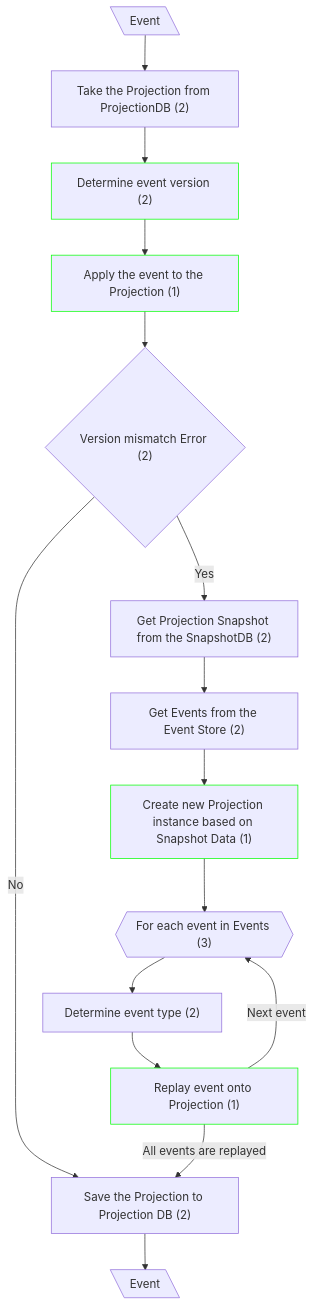
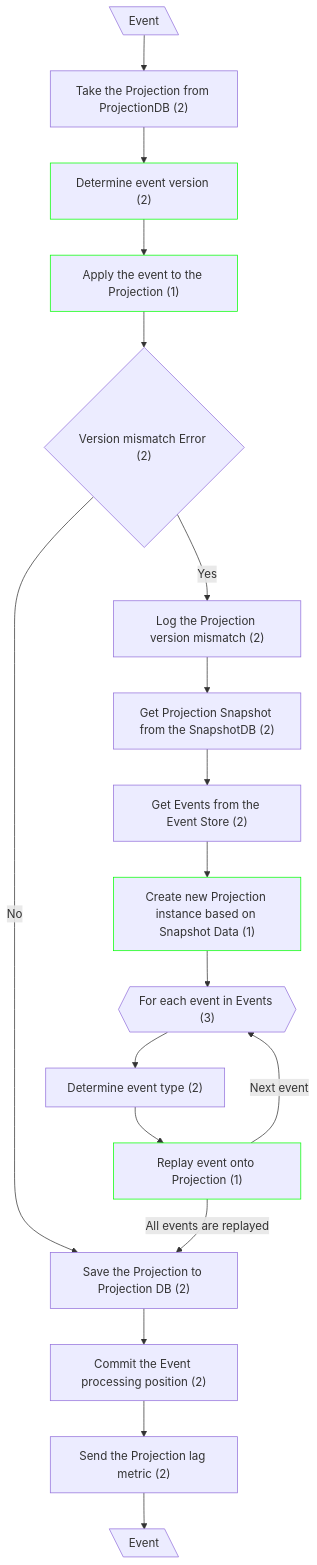
The second of 4 diagrams in docs/CF Complexity/eventual consistency.md (dmitryhruzin/CQRS-variations-test), drawn with Mermaid before and after one commit. The commit also changed other lines of this file and 4 other files, not shown here.

Commit message:
docs: add infra calls to diagrams

````diff
--- a/docs/CF Complexity/eventual consistency.md
+++ b/docs/CF Complexity/eventual consistency.md
@@ -27,19 +29,22 @@
 ```mermaid
 flowchart TD
   classDef mod stroke:#0f0
   A@{ shape: lean-l, label: "Event" }
   A --> B["Take the Projection from ProjectionDB (2)"]
   B --> C["Determine event version (2)"]:::mod
   C --> D["Apply the event to the Projection (1)"]:::mod
   D --> E{"Version mismatch Error (2)"}
   E --"No"--> F["Save the Projection to Projection DB (2)"]
-  E --Yes--> H["Get Projection Snapshot from the SnapshotDB (2)"]
+  E --Yes--> LG["Log the Projection version mismatch (2)"]
+  LG --> H["Get Projection Snapshot from the SnapshotDB (2)"]
   H --> I["Get Events from the Event Store (2)"]
   I --> J["Create new Projection instance based on Snapshot Data (1)"]:::mod
   J --> K1{{"For each event in Events (3)"}}
   K1 --> K2["Determine event type (2)"]
   K2 --> K3["Replay event onto Projection (1)"]:::mod
   K3 --"Next event"--> K1
   K3 --"All events are replayed"--> F
-  F --> M@{ shape: lean-l, label: "Event" }
+  F --> CP["Commit the Event processing position (2)"]
+  CP --> MT["Send the Projection lag metric (2)"]
+  MT --> M@{ shape: lean-l, label: "Event" }
 ```
````
